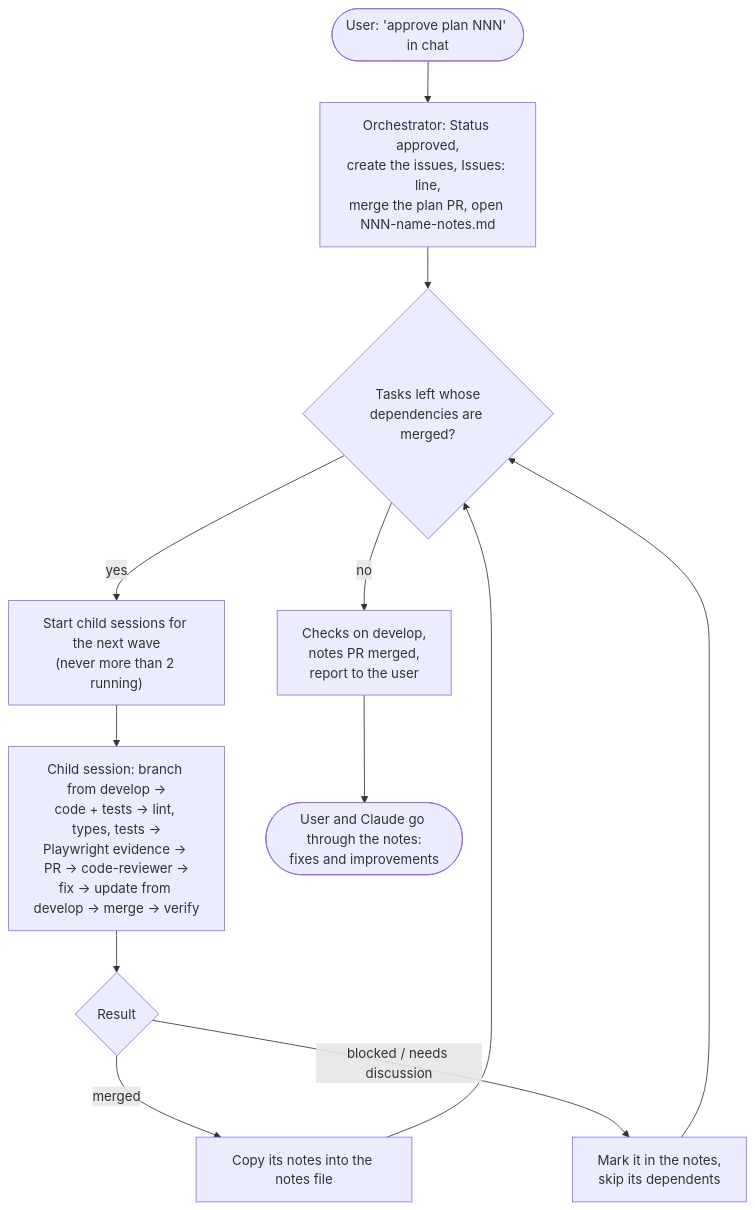
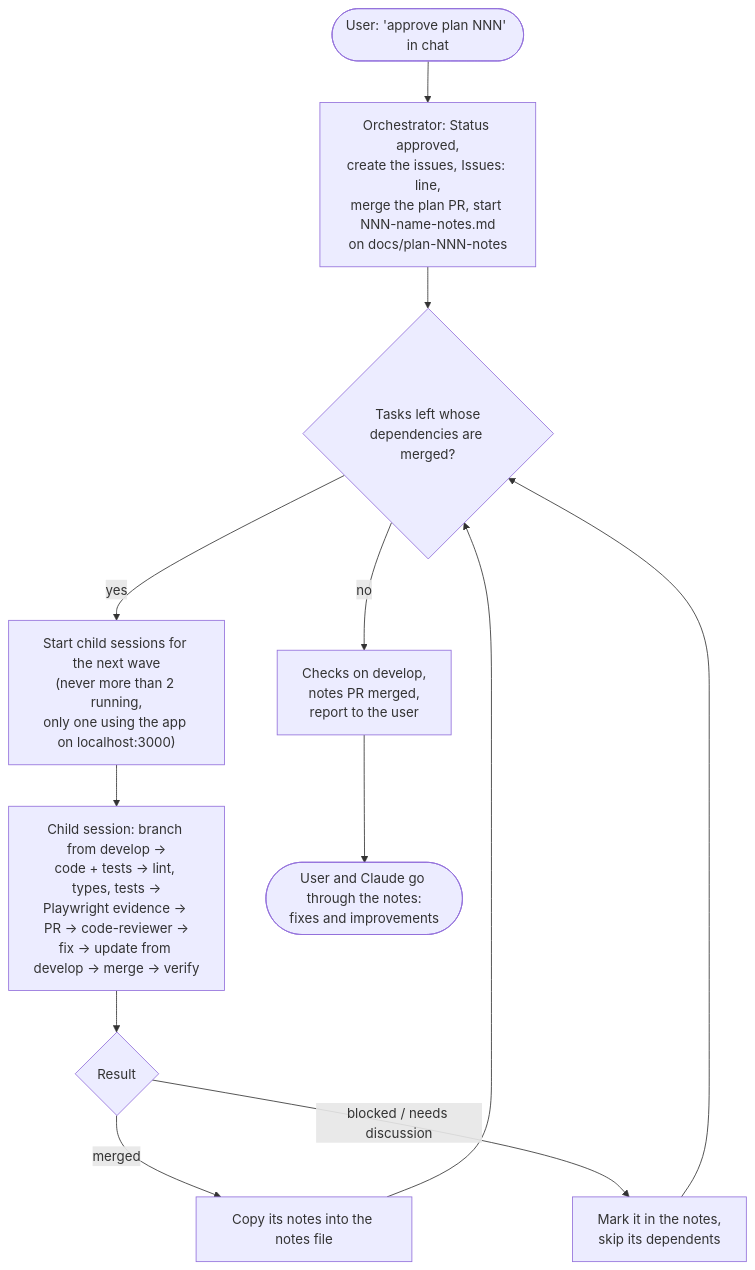
Before and after one commit to huynguyennang-agilityio/stride-quest-admin: the fifth of 5 diagrams in docs/workflow.md, drawn with Mermaid. The commit also changed other lines of this file and 4 other files, not shown here.

````diff
--- a/docs/workflow.md
+++ b/docs/workflow.md
@@ -118,14 +119,14 @@
 ```mermaid
 flowchart TD
-    A(["User: 'approve plan NNN' in chat"]) --> B["Orchestrator: Status approved,<br/>create the issues, Issues: line,<br/>merge the plan PR, open NNN-name-notes.md"]
+    A(["User: 'approve plan NNN' in chat"]) --> B["Orchestrator: Status approved,<br/>create the issues, Issues: line,<br/>merge the plan PR, start NNN-name-notes.md<br/>on docs/plan-NNN-notes"]
     B --> W{"Tasks left whose<br/>dependencies are merged?"}
-    W -- yes --> S["Start child sessions for the next wave<br/>(never more than 2 running)"]
+    W -- yes --> S["Start child sessions for the next wave<br/>(never more than 2 running,<br/>only one using the app on localhost:3000)"]
     S --> T["Child session: branch from develop →<br/>code + tests → lint, types, tests →<br/>Playwright evidence → PR → code-reviewer →<br/>fix → update from develop → merge → verify"]
     T --> R{"Result"}
     R -- merged --> N["Copy its notes into the notes file"]
     R -- "blocked / needs discussion" --> K["Mark it in the notes,<br/>skip its dependents"]
     N --> W
     K --> W
     W -- no --> E["Checks on develop,<br/>notes PR merged,<br/>report to the user"]
     E --> D(["User and Claude go through the notes:<br/>fixes and improvements"])
 ```
````
